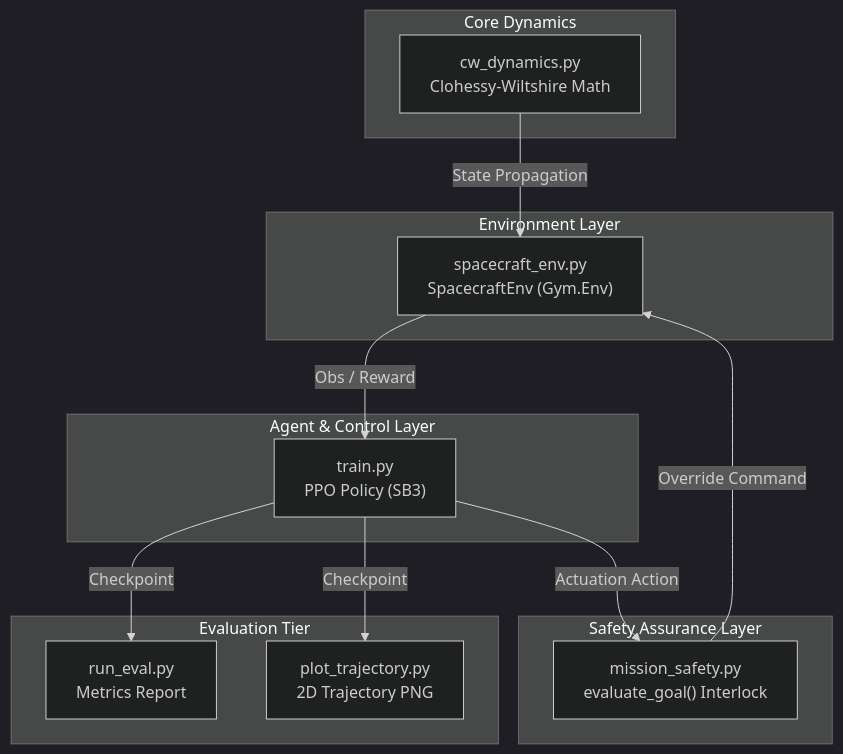
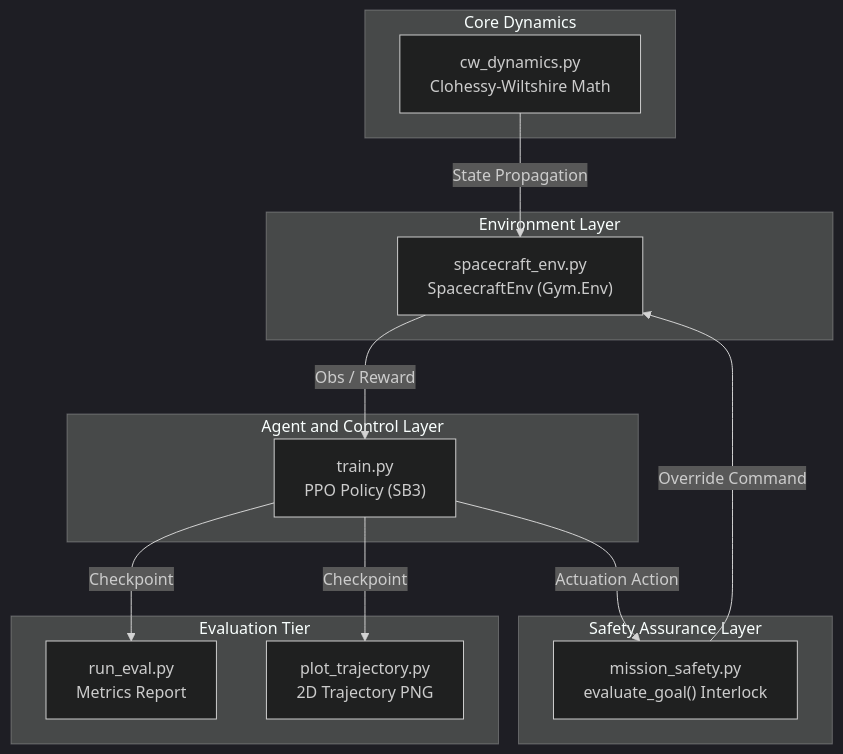
The first of 3 diagrams in README.md (jwrhw7tueydwtt7575g/SpaceTry), drawn with Mermaid (dark theme) before and after one commit. The commit also changed other lines of this file, not shown here.

Commit message:
fix(docs): resolve Mermaid subgraph syntax error for GitHub rich display

````diff
--- a/README.md
+++ b/README.md
@@ -92,30 +92,30 @@
 ```mermaid
 flowchart TD
-    subgraph Core Dynamics
+    subgraph S_CORE ["Core Dynamics"]
         A["cw_dynamics.py<br/>Clohessy-Wiltshire Math"]
     end
 
-    subgraph Environment Layer
+    subgraph S_ENV ["Environment Layer"]
         B["spacecraft_env.py<br/>SpacecraftEnv (Gym.Env)"]
     end
 
-    subgraph Safety Assurance Layer
+    subgraph S_SAFETY ["Safety Assurance Layer"]
         C["mission_safety.py<br/>evaluate_goal() Interlock"]
     end
 
-    subgraph Agent & Control Layer
+    subgraph S_AGENT ["Agent and Control Layer"]
         D["train.py<br/>PPO Policy (SB3)"]
     end
 
-    subgraph Evaluation Tier
+    subgraph S_EVAL ["Evaluation Tier"]
         E["run_eval.py<br/>Metrics Report"]
         F["plot_trajectory.py<br/>2D Trajectory PNG"]
     end
 
     A -->|State Propagation| B
     C -->|Override Command| B
     B -->|Obs / Reward| D
     D -->|Actuation Action| C
     D -->|Checkpoint| E
     D -->|Checkpoint| F
 ```
````
